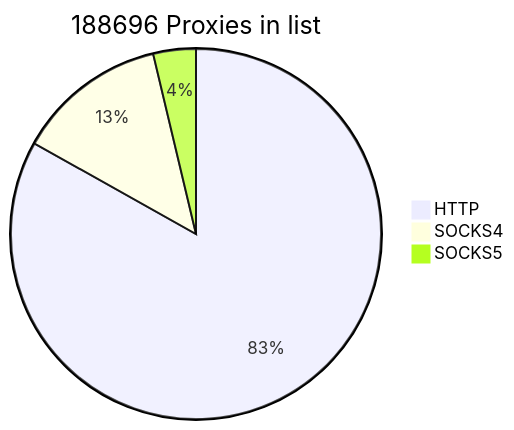
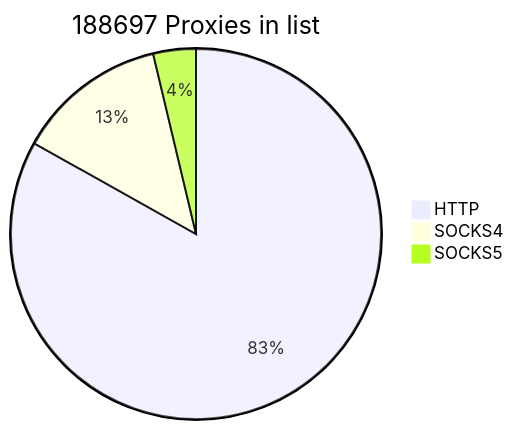
Before and after one commit to cutipu/proxylist: the first of 2 diagrams in README.md, drawn with Mermaid. The commit also changed other lines of this file, not shown here.

````diff
--- a/README.md
+++ b/README.md
@@ -2,7 +2,7 @@
 ```mermaid
-pie title 188696 Proxies in list
+pie title 188697 Proxies in list
     "HTTP" : 156857
     "SOCKS4" : 24821
-    "SOCKS5" : 7018
+    "SOCKS5" : 7019
             
 ```
````
